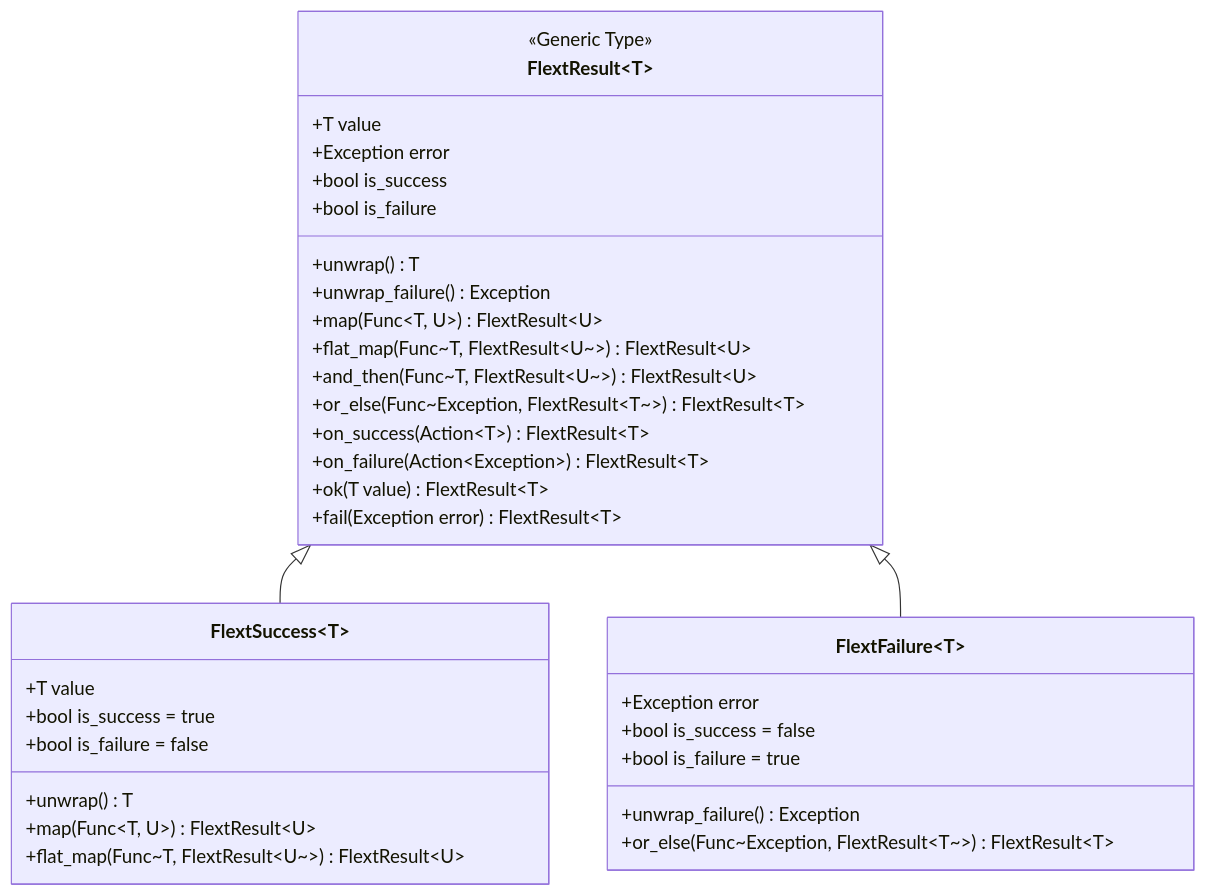
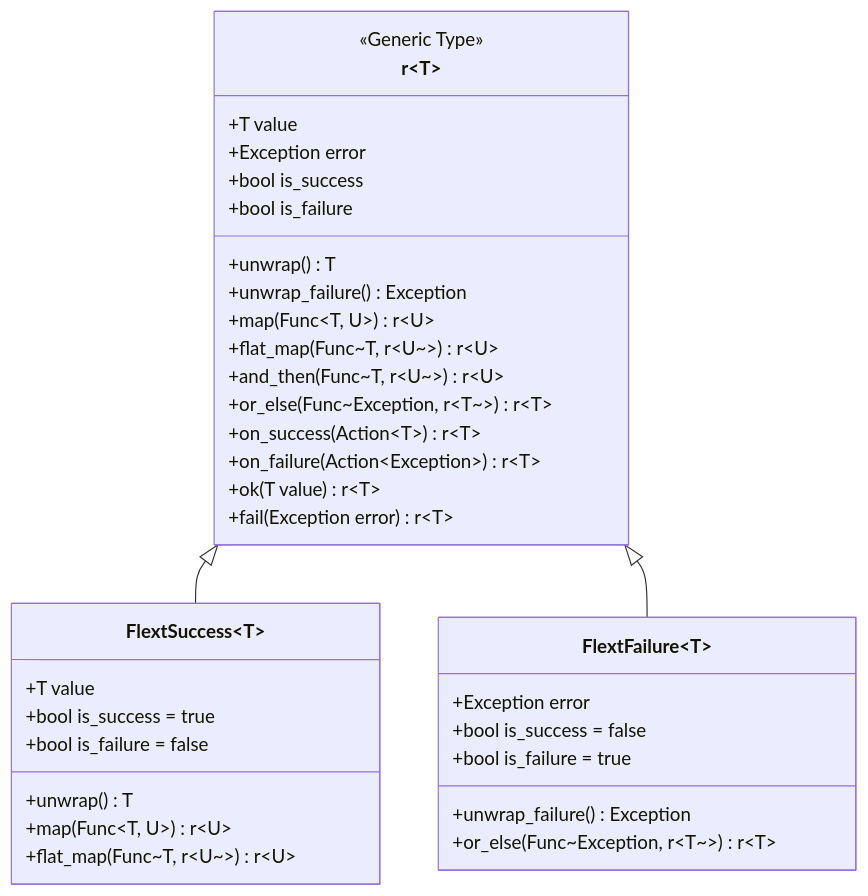
The first of 10 diagrams in docs/architecture/c4-model/code-diagrams.md (flext-sh/flext), drawn with Mermaid before and after one commit. The commit also changed other lines of this file and 35 other files, not shown here.

````diff
--- a/docs/architecture/c4-model/code-diagrams.md
+++ b/docs/architecture/c4-model/code-diagrams.md
@@ -51,40 +51,40 @@
 ```mermaid
 classDiagram
-    class FlextResult~T~ {
+    class r~T~ {
         <<Generic Type>>
         +T value
         +Exception error
         +bool is_success
         +bool is_failure
         +unwrap() T
         +unwrap_failure() Exception
-        +map(Func~T, U~) FlextResult~U~
-        +flat_map(Func~T, FlextResult~U~~) FlextResult~U~
-        +and_then(Func~T, FlextResult~U~~) FlextResult~U~
-        +or_else(Func~Exception, FlextResult~T~~) FlextResult~T~
-        +on_success(Action~T~) FlextResult~T~
-        +on_failure(Action~Exception~) FlextResult~T~
-        +ok(T value) FlextResult~T~
-        +fail(Exception error) FlextResult~T~
+        +map(Func~T, U~) r~U~
+        +flat_map(Func~T, r~U~~) r~U~
+        +and_then(Func~T, r~U~~) r~U~
+        +or_else(Func~Exception, r~T~~) r~T~
+        +on_success(Action~T~) r~T~
+        +on_failure(Action~Exception~) r~T~
+        +ok(T value) r~T~
+        +fail(Exception error) r~T~
     }
 
     class FlextSuccess~T~ {
         +T value
         +bool is_success = true
         +bool is_failure = false
         +unwrap() T
-        +map(Func~T, U~) FlextResult~U~
-        +flat_map(Func~T, FlextResult~U~~) FlextResult~U~
+        +map(Func~T, U~) r~U~
+        +flat_map(Func~T, r~U~~) r~U~
     }
 
     class FlextFailure~T~ {
         +Exception error
         +bool is_success = false
         +bool is_failure = true
         +unwrap_failure() Exception
-        +or_else(Func~Exception, FlextResult~T~~) FlextResult~T~
+        +or_else(Func~Exception, r~T~~) r~T~
     }
 
-    FlextResult~T~ <|-- FlextSuccess~T~
-    FlextResult~T~ <|-- FlextFailure~T~
+    r~T~ <|-- FlextSuccess~T~
+    r~T~ <|-- FlextFailure~T~
 ```
````
